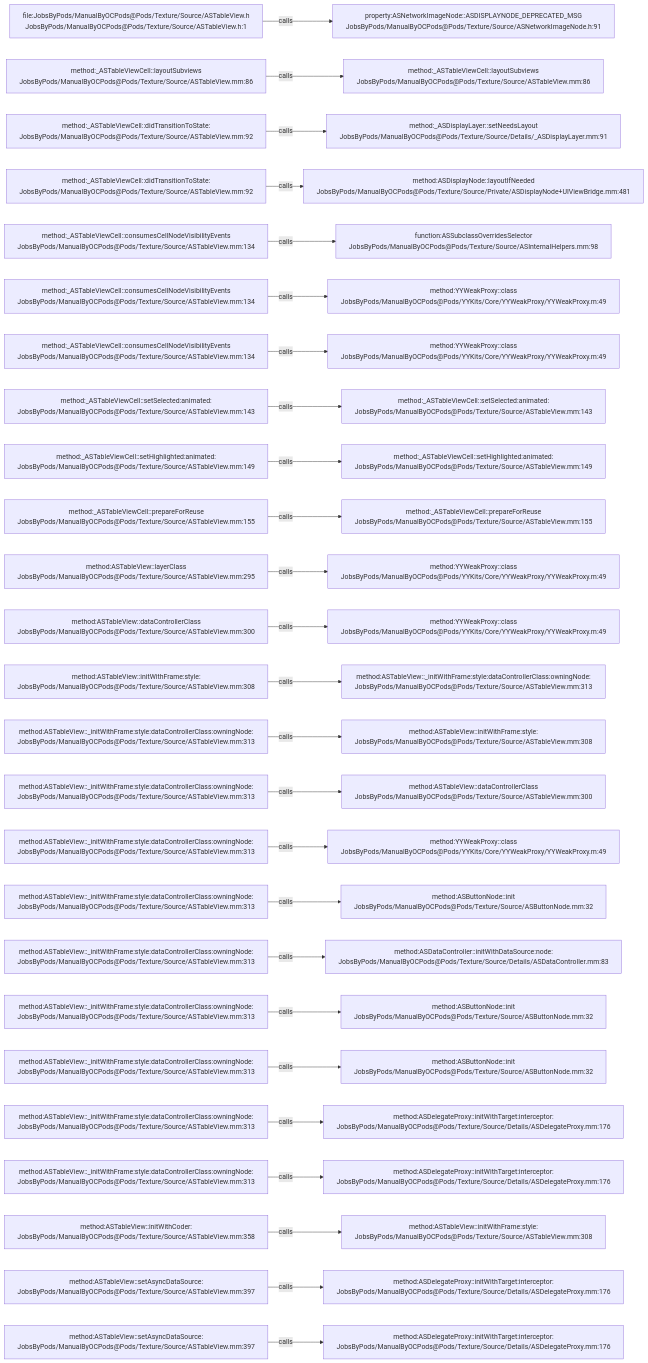
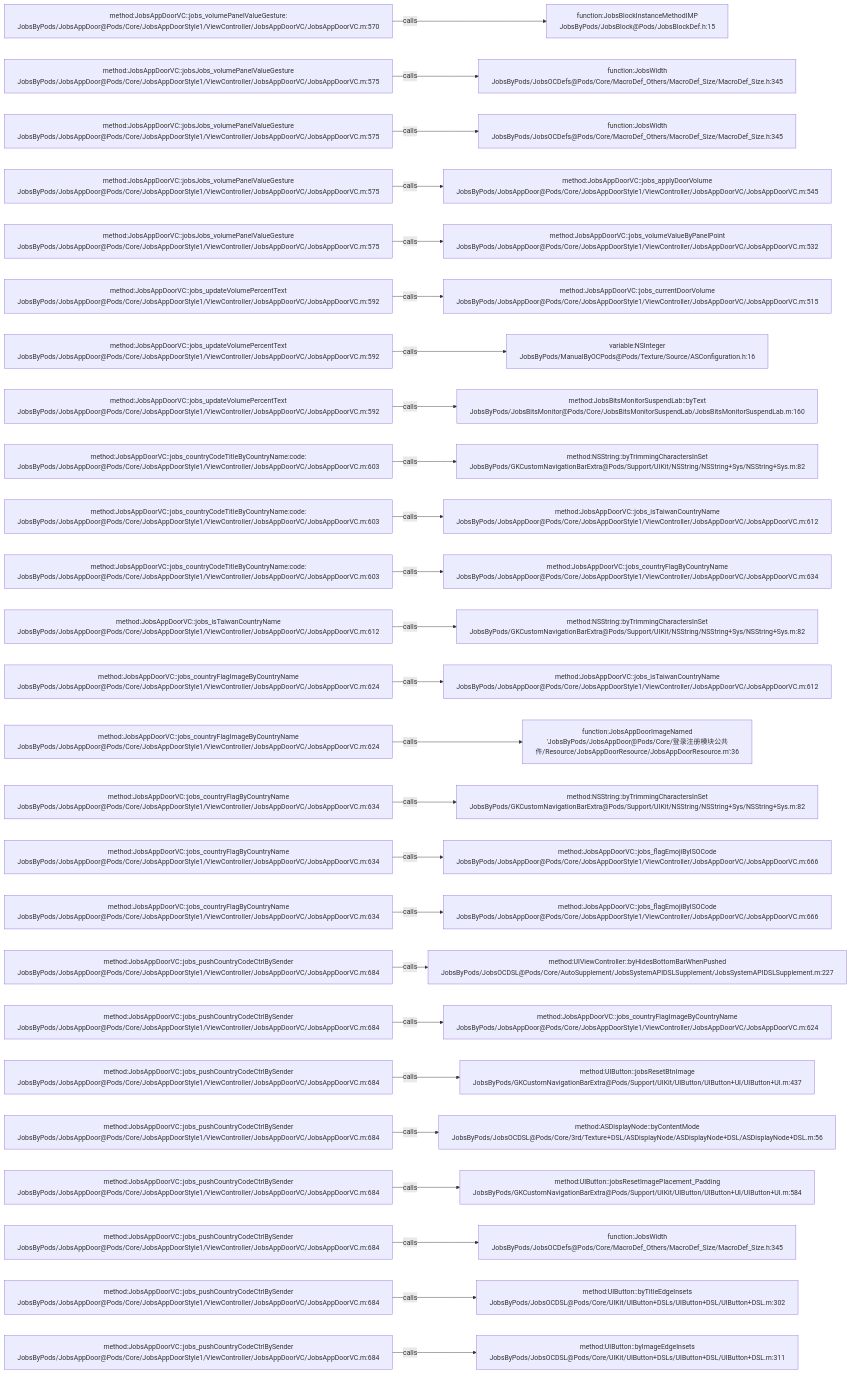
Before and after one commit to JobsKits/JobsOCBaseConfigDemo: the diagram in .codegraph/codegraph.md/graphs/calls-111.md, drawn with Mermaid. The commit also changed 768 other files, not shown here.

````diff
--- a/.codegraph/codegraph.md/graphs/calls-111.md
+++ b/.codegraph/codegraph.md/graphs/calls-111.md
@@ -13,78 +13,78 @@
 ```mermaid
 flowchart LR
-  S1["file:JobsByPods/ManualByOCPods@Pods/Texture/Source/ASTableView.h<br/>JobsByPods/ManualByOCPods@Pods/Texture/Source/ASTableView.h:1"]
-  T1["property:ASNetworkImageNode::ASDISPLAYNODE_DEPRECATED_MSG<br/>JobsByPods/ManualByOCPods@Pods/Texture/Source/ASNetworkImageNode.h:91"]
+  S1["method:JobsAppDoorVC::jobs_volumePanelValueGesture:<br/>JobsByPods/JobsAppDoor@Pods/Core/JobsAppDoorStyle1/ViewController/JobsAppDoorVC/JobsAppDoorVC.m:570"]
+  T1["function:JobsBlockInstanceMethodIMP<br/>JobsByPods/JobsBlock@Pods/JobsBlockDef.h:15"]
   S1 -->|calls| T1
-  S2["method:_ASTableViewCell::layoutSubviews<br/>JobsByPods/ManualByOCPods@Pods/Texture/Source/ASTableView.mm:86"]
-  T2["method:_ASTableViewCell::layoutSubviews<br/>JobsByPods/ManualByOCPods@Pods/Texture/Source/ASTableView.mm:86"]
+  S2["method:JobsAppDoorVC::jobsJobs_volumePanelValueGesture<br/>JobsByPods/JobsAppDoor@Pods/Core/JobsAppDoorStyle1/ViewController/JobsAppDoorVC/JobsAppDoorVC.m:575"]
+  T2["function:JobsWidth<br/>JobsByPods/JobsOCDefs@Pods/Core/MacroDef_Others/MacroDef_Size/MacroDef_Size.h:345"]
   S2 -->|calls| T2
-  S3["method:_ASTableViewCell::didTransitionToState:<br/>JobsByPods/ManualByOCPods@Pods/Texture/Source/ASTableView.mm:92"]
-  T3["method:_ASDisplayLayer::setNeedsLayout<br/>JobsByPods/ManualByOCPods@Pods/Texture/Source/Details/_ASDisplayLayer.mm:91"]
+  S3["method:JobsAppDoorVC::jobsJobs_volumePanelValueGesture<br/>JobsByPods/JobsAppDoor@Pods/Core/JobsAppDoorStyle1/ViewController/JobsAppDoorVC/JobsAppDoorVC.m:575"]
+  T3["function:JobsWidth<br/>JobsByPods/JobsOCDefs@Pods/Core/MacroDef_Others/MacroDef_Size/MacroDef_Size.h:345"]
   S3 -->|calls| T3
-  S4["method:_ASTableViewCell::didTransitionToState:<br/>JobsByPods/ManualByOCPods@Pods/Texture/Source/ASTableView.mm:92"]
-  T4["method:ASDisplayNode::layoutIfNeeded<br/>JobsByPods/ManualByOCPods@Pods/Texture/Source/Private/ASDisplayNode+UIViewBridge.mm:481"]
+  S4["method:JobsAppDoorVC::jobsJobs_volumePanelValueGesture<br/>JobsByPods/JobsAppDoor@Pods/Core/JobsAppDoorStyle1/ViewController/JobsAppDoorVC/JobsAppDoorVC.m:575"]
+  T4["method:JobsAppDoorVC::jobs_applyDoorVolume<br/>JobsByPods/JobsAppDoor@Pods/Core/JobsAppDoorStyle1/ViewController/JobsAppDoorVC/JobsAppDoorVC.m:545"]
   S4 -->|calls| T4
-  S5["method:_ASTableViewCell::consumesCellNodeVisibilityEvents<br/>JobsByPods/ManualByOCPods@Pods/Texture/Source/ASTableView.mm:134"]
-  T5["function:ASSubclassOverridesSelector<br/>JobsByPods/ManualByOCPods@Pods/Texture/Source/ASInternalHelpers.mm:98"]
+  S5["method:JobsAppDoorVC::jobsJobs_volumePanelValueGesture<br/>JobsByPods/JobsAppDoor@Pods/Core/JobsAppDoorStyle1/ViewController/JobsAppDoorVC/JobsAppDoorVC.m:575"]
+  T5["method:JobsAppDoorVC::jobs_volumeValueByPanelPoint<br/>JobsByPods/JobsAppDoor@Pods/Core/JobsAppDoorStyle1/ViewController/JobsAppDoorVC/JobsAppDoorVC.m:532"]
   S5 -->|calls| T5
-  S6["method:_ASTableViewCell::consumesCellNodeVisibilityEvents<br/>JobsByPods/ManualByOCPods@Pods/Texture/Source/ASTableView.mm:134"]
-  T6["method:YYWeakProxy::class<br/>JobsByPods/ManualByOCPods@Pods/YYKits/Core/YYWeakProxy/YYWeakProxy.m:49"]
+  S6["method:JobsAppDoorVC::jobs_updateVolumePercentText<br/>JobsByPods/JobsAppDoor@Pods/Core/JobsAppDoorStyle1/ViewController/JobsAppDoorVC/JobsAppDoorVC.m:592"]
+  T6["method:JobsAppDoorVC::jobs_currentDoorVolume<br/>JobsByPods/JobsAppDoor@Pods/Core/JobsAppDoorStyle1/ViewController/JobsAppDoorVC/JobsAppDoorVC.m:515"]
   S6 -->|calls| T6
-  S7["method:_ASTableViewCell::consumesCellNodeVisibilityEvents<br/>JobsByPods/ManualByOCPods@Pods/Texture/Source/ASTableView.mm:134"]
-  T7["method:YYWeakProxy::class<br/>JobsByPods/ManualByOCPods@Pods/YYKits/Core/YYWeakProxy/YYWeakProxy.m:49"]
+  S7["method:JobsAppDoorVC::jobs_updateVolumePercentText<br/>JobsByPods/JobsAppDoor@Pods/Core/JobsAppDoorStyle1/ViewController/JobsAppDoorVC/JobsAppDoorVC.m:592"]
+  T7["variable:NSInteger<br/>JobsByPods/ManualByOCPods@Pods/Texture/Source/ASConfiguration.h:16"]
   S7 -->|calls| T7
-  S8["method:_ASTableViewCell::setSelected:animated:<br/>JobsByPods/ManualByOCPods@Pods/Texture/Source/ASTableView.mm:143"]
-  T8["method:_ASTableViewCell::setSelected:animated:<br/>JobsByPods/ManualByOCPods@Pods/Texture/Source/ASTableView.mm:143"]
+  S8["method:JobsAppDoorVC::jobs_updateVolumePercentText<br/>JobsByPods/JobsAppDoor@Pods/Core/JobsAppDoorStyle1/ViewController/JobsAppDoorVC/JobsAppDoorVC.m:592"]
+  T8["method:JobsBitsMonitorSuspendLab::byText<br/>JobsByPods/JobsBitsMonitor@Pods/Core/JobsBitsMonitorSuspendLab/JobsBitsMonitorSuspendLab.m:160"]
   S8 -->|calls| T8
-  S9["method:_ASTableViewCell::setHighlighted:animated:<br/>JobsByPods/ManualByOCPods@Pods/Texture/Source/ASTableView.mm:149"]
-  T9["method:_ASTableViewCell::setHighlighted:animated:<br/>JobsByPods/ManualByOCPods@Pods/Texture/Source/ASTableView.mm:149"]
+  S9["method:JobsAppDoorVC::jobs_countryCodeTitleByCountryName:code:<br/>JobsByPods/JobsAppDoor@Pods/Core/JobsAppDoorStyle1/ViewController/JobsAppDoorVC/JobsAppDoorVC.m:603"]
+  T9["method:NSString::byTrimmingCharactersInSet<br/>JobsByPods/GKCustomNavigationBarExtra@Pods/Support/UIKit/NSString/NSString+Sys/NSString+Sys.m:82"]
   S9 -->|calls| T9
-  S10["method:_ASTableViewCell::prepareForReuse<br/>JobsByPods/ManualByOCPods@Pods/Texture/Source/ASTableView.mm:155"]
-  T10["method:_ASTableViewCell::prepareForReuse<br/>JobsByPods/ManualByOCPods@Pods/Texture/Source/ASTableView.mm:155"]
+  S10["method:JobsAppDoorVC::jobs_countryCodeTitleByCountryName:code:<br/>JobsByPods/JobsAppDoor@Pods/Core/JobsAppDoorStyle1/ViewController/JobsAppDoorVC/JobsAppDoorVC.m:603"]
+  T10["method:JobsAppDoorVC::jobs_isTaiwanCountryName<br/>JobsByPods/JobsAppDoor@Pods/Core/JobsAppDoorStyle1/ViewController/JobsAppDoorVC/JobsAppDoorVC.m:612"]
   S10 -->|calls| T10
-  S11["method:ASTableView::layerClass<br/>JobsByPods/ManualByOCPods@Pods/Texture/Source/ASTableView.mm:295"]
-  T11["method:YYWeakProxy::class<br/>JobsByPods/ManualByOCPods@Pods/YYKits/Core/YYWeakProxy/YYWeakProxy.m:49"]
+  S11["method:JobsAppDoorVC::jobs_countryCodeTitleByCountryName:code:<br/>JobsByPods/JobsAppDoor@Pods/Core/JobsAppDoorStyle1/ViewController/JobsAppDoorVC/JobsAppDoorVC.m:603"]
+  T11["method:JobsAppDoorVC::jobs_countryFlagByCountryName<br/>JobsByPods/JobsAppDoor@Pods/Core/JobsAppDoorStyle1/ViewController/JobsAppDoorVC/JobsAppDoorVC.m:634"]
   S11 -->|calls| T11
-  S12["method:ASTableView::dataControllerClass<br/>JobsByPods/ManualByOCPods@Pods/Texture/Source/ASTableView.mm:300"]
-  T12["method:YYWeakProxy::class<br/>JobsByPods/ManualByOCPods@Pods/YYKits/Core/YYWeakProxy/YYWeakProxy.m:49"]
+  S12["method:JobsAppDoorVC::jobs_isTaiwanCountryName<br/>JobsByPods/JobsAppDoor@Pods/Core/JobsAppDoorStyle1/ViewController/JobsAppDoorVC/JobsAppDoorVC.m:612"]
+  T12["method:NSString::byTrimmingCharactersInSet<br/>JobsByPods/GKCustomNavigationBarExtra@Pods/Support/UIKit/NSString/NSString+Sys/NSString+Sys.m:82"]
   S12 -->|calls| T12
-  S13["method:ASTableView::initWithFrame:style:<br/>JobsByPods/ManualByOCPods@Pods/Texture/Source/ASTableView.mm:308"]
-  T13["method:ASTableView::_initWithFrame:style:dataControllerClass:owningNode:<br/>JobsByPods/ManualByOCPods@Pods/Texture/Source/ASTableView.mm:313"]
+  S13["method:JobsAppDoorVC::jobs_countryFlagImageByCountryName<br/>JobsByPods/JobsAppDoor@Pods/Core/JobsAppDoorStyle1/ViewController/JobsAppDoorVC/JobsAppDoorVC.m:624"]
+  T13["method:JobsAppDoorVC::jobs_isTaiwanCountryName<br/>JobsByPods/JobsAppDoor@Pods/Core/JobsAppDoorStyle1/ViewController/JobsAppDoorVC/JobsAppDoorVC.m:612"]
   S13 -->|calls| T13
-  S14["method:ASTableView::_initWithFrame:style:dataControllerClass:owningNode:<br/>JobsByPods/ManualByOCPods@Pods/Texture/Source/ASTableView.mm:313"]
-  T14["method:ASTableView::initWithFrame:style:<br/>JobsByPods/ManualByOCPods@Pods/Texture/Source/ASTableView.mm:308"]
+  S14["method:JobsAppDoorVC::jobs_countryFlagImageByCountryName<br/>JobsByPods/JobsAppDoor@Pods/Core/JobsAppDoorStyle1/ViewController/JobsAppDoorVC/JobsAppDoorVC.m:624"]
+  T14["function:JobsAppDoorImageNamed<br/>'JobsByPods/JobsAppDoor@Pods/Core/登录注册模块公共件/Resource/JobsAppDoorResource/JobsAppDoorResource.m':36"]
   S14 -->|calls| T14
-  S15["method:ASTableView::_initWithFrame:style:dataControllerClass:owningNode:<br/>JobsByPods/ManualByOCPods@Pods/Texture/Source/ASTableView.mm:313"]
-  T15["method:ASTableView::dataControllerClass<br/>JobsByPods/ManualByOCPods@Pods/Texture/Source/ASTableView.mm:300"]
+  S15["method:JobsAppDoorVC::jobs_countryFlagByCountryName<br/>JobsByPods/JobsAppDoor@Pods/Core/JobsAppDoorStyle1/ViewController/JobsAppDoorVC/JobsAppDoorVC.m:634"]
+  T15["method:NSString::byTrimmingCharactersInSet<br/>JobsByPods/GKCustomNavigationBarExtra@Pods/Support/UIKit/NSString/NSString+Sys/NSString+Sys.m:82"]
   S15 -->|calls| T15
-  S16["method:ASTableView::_initWithFrame:style:dataControllerClass:owningNode:<br/>JobsByPods/ManualByOCPods@Pods/Texture/Source/ASTableView.mm:313"]
-  T16["method:YYWeakProxy::class<br/>JobsByPods/ManualByOCPods@Pods/YYKits/Core/YYWeakProxy/YYWeakProxy.m:49"]
+  S16["method:JobsAppDoorVC::jobs_countryFlagByCountryName<br/>JobsByPods/JobsAppDoor@Pods/Core/JobsAppDoorStyle1/ViewController/JobsAppDoorVC/JobsAppDoorVC.m:634"]
+  T16["method:JobsAppDoorVC::jobs_flagEmojiByISOCode<br/>JobsByPods/JobsAppDoor@Pods/Core/JobsAppDoorStyle1/ViewController/JobsAppDoorVC/JobsAppDoorVC.m:666"]
   S16 -->|calls| T16
-  S17["method:ASTableView::_initWithFrame:style:dataControllerClass:owningNode:<br/>JobsByPods/ManualByOCPods@Pods/Texture/Source/ASTableView.mm:313"]
-  T17["method:ASButtonNode::init<br/>JobsByPods/ManualByOCPods@Pods/Texture/Source/ASButtonNode.mm:32"]
+  S17["method:JobsAppDoorVC::jobs_countryFlagByCountryName<br/>JobsByPods/JobsAppDoor@Pods/Core/JobsAppDoorStyle1/ViewController/JobsAppDoorVC/JobsAppDoorVC.m:634"]
+  T17["method:JobsAppDoorVC::jobs_flagEmojiByISOCode<br/>JobsByPods/JobsAppDoor@Pods/Core/JobsAppDoorStyle1/ViewController/JobsAppDoorVC/JobsAppDoorVC.m:666"]
   S17 -->|calls| T17
-  S18["method:ASTableView::_initWithFrame:style:dataControllerClass:owningNode:<br/>JobsByPods/ManualByOCPods@Pods/Texture/Source/ASTableView.mm:313"]
-  T18["method:ASDataController::initWithDataSource:node:<br/>JobsByPods/ManualByOCPods@Pods/Texture/Source/Details/ASDataController.mm:83"]
+  S18["method:JobsAppDoorVC::jobs_pushCountryCodeCtrlBySender<br/>JobsByPods/JobsAppDoor@Pods/Core/JobsAppDoorStyle1/ViewController/JobsAppDoorVC/JobsAppDoorVC.m:684"]
+  T18["method:UIViewController::byHidesBottomBarWhenPushed<br/>JobsByPods/JobsOCDSL@Pods/Core/AutoSupplement/JobsSystemAPIDSLSupplement/JobsSystemAPIDSLSupplement.m:227"]
   S18 -->|calls| T18
-  S19["method:ASTableView::_initWithFrame:style:dataControllerClass:owningNode:<br/>JobsByPods/ManualByOCPods@Pods/Texture/Source/ASTableView.mm:313"]
-  T19["method:ASButtonNode::init<br/>JobsByPods/ManualByOCPods@Pods/Texture/Source/ASButtonNode.mm:32"]
+  S19["method:JobsAppDoorVC::jobs_pushCountryCodeCtrlBySender<br/>JobsByPods/JobsAppDoor@Pods/Core/JobsAppDoorStyle1/ViewController/JobsAppDoorVC/JobsAppDoorVC.m:684"]
+  T19["method:JobsAppDoorVC::jobs_countryFlagImageByCountryName<br/>JobsByPods/JobsAppDoor@Pods/Core/JobsAppDoorStyle1/ViewController/JobsAppDoorVC/JobsAppDoorVC.m:624"]
   S19 -->|calls| T19
-  S20["method:ASTableView::_initWithFrame:style:dataControllerClass:owningNode:<br/>JobsByPods/ManualByOCPods@Pods/Texture/Source/ASTableView.mm:313"]
-  T20["method:ASButtonNode::init<br/>JobsByPods/ManualByOCPods@Pods/Texture/Source/ASButtonNode.mm:32"]
+  S20["method:JobsAppDoorVC::jobs_pushCountryCodeCtrlBySender<br/>JobsByPods/JobsAppDoor@Pods/Core/JobsAppDoorStyle1/ViewController/JobsAppDoorVC/JobsAppDoorVC.m:684"]
+  T20["method:UIButton::jobsResetBtnImage<br/>JobsByPods/GKCustomNavigationBarExtra@Pods/Support/UIKit/UIButton/UIButton+UI/UIButton+UI.m:437"]
   S20 -->|calls| T20
-  S21["method:ASTableView::_initWithFrame:style:dataControllerClass:owningNode:<br/>JobsByPods/ManualByOCPods@Pods/Texture/Source/ASTableView.mm:313"]
-  T21["method:ASDelegateProxy::initWithTarget:interceptor:<br/>JobsByPods/ManualByOCPods@Pods/Texture/Source/Details/ASDelegateProxy.mm:176"]
+  S21["method:JobsAppDoorVC::jobs_pushCountryCodeCtrlBySender<br/>JobsByPods/JobsAppDoor@Pods/Core/JobsAppDoorStyle1/ViewController/JobsAppDoorVC/JobsAppDoorVC.m:684"]
+  T21["method:ASDisplayNode::byContentMode<br/>JobsByPods/JobsOCDSL@Pods/Core/3rd/Texture+DSL/ASDisplayNode/ASDisplayNode+DSL/ASDisplayNode+DSL.m:56"]
   S21 -->|calls| T21
-  S22["method:ASTableView::_initWithFrame:style:dataControllerClass:owningNode:<br/>JobsByPods/ManualByOCPods@Pods/Texture/Source/ASTableView.mm:313"]
-  T22["method:ASDelegateProxy::initWithTarget:interceptor:<br/>JobsByPods/ManualByOCPods@Pods/Texture/Source/Details/ASDelegateProxy.mm:176"]
+  S22["method:JobsAppDoorVC::jobs_pushCountryCodeCtrlBySender<br/>JobsByPods/JobsAppDoor@Pods/Core/JobsAppDoorStyle1/ViewController/JobsAppDoorVC/JobsAppDoorVC.m:684"]
+  T22["method:UIButton::jobsResetImagePlacement_Padding<br/>JobsByPods/GKCustomNavigationBarExtra@Pods/Support/UIKit/UIButton/UIButton+UI/UIButton+UI.m:584"]
   S22 -->|calls| T22
-  S23["method:ASTableView::initWithCoder:<br/>JobsByPods/ManualByOCPods@Pods/Texture/Source/ASTableView.mm:358"]
-  T23["method:ASTableView::initWithFrame:style:<br/>JobsByPods/ManualByOCPods@Pods/Texture/Source/ASTableView.mm:308"]
+  S23["method:JobsAppDoorVC::jobs_pushCountryCodeCtrlBySender<br/>JobsByPods/JobsAppDoor@Pods/Core/JobsAppDoorStyle1/ViewController/JobsAppDoorVC/JobsAppDoorVC.m:684"]
+  T23["function:JobsWidth<br/>JobsByPods/JobsOCDefs@Pods/Core/MacroDef_Others/MacroDef_Size/MacroDef_Size.h:345"]
   S23 -->|calls| T23
-  S24["method:ASTableView::setAsyncDataSource:<br/>JobsByPods/ManualByOCPods@Pods/Texture/Source/ASTableView.mm:397"]
-  T24["method:ASDelegateProxy::initWithTarget:interceptor:<br/>JobsByPods/ManualByOCPods@Pods/Texture/Source/Details/ASDelegateProxy.mm:176"]
+  S24["method:JobsAppDoorVC::jobs_pushCountryCodeCtrlBySender<br/>JobsByPods/JobsAppDoor@Pods/Core/JobsAppDoorStyle1/ViewController/JobsAppDoorVC/JobsAppDoorVC.m:684"]
+  T24["method:UIButton::byTitleEdgeInsets<br/>JobsByPods/JobsOCDSL@Pods/Core/UIKit/UIButton+DSLs/UIButton+DSL/UIButton+DSL.m:302"]
   S24 -->|calls| T24
-  S25["method:ASTableView::setAsyncDataSource:<br/>JobsByPods/ManualByOCPods@Pods/Texture/Source/ASTableView.mm:397"]
-  T25["method:ASDelegateProxy::initWithTarget:interceptor:<br/>JobsByPods/ManualByOCPods@Pods/Texture/Source/Details/ASDelegateProxy.mm:176"]
+  S25["method:JobsAppDoorVC::jobs_pushCountryCodeCtrlBySender<br/>JobsByPods/JobsAppDoor@Pods/Core/JobsAppDoorStyle1/ViewController/JobsAppDoorVC/JobsAppDoorVC.m:684"]
+  T25["method:UIButton::byImageEdgeInsets<br/>JobsByPods/JobsOCDSL@Pods/Core/UIKit/UIButton+DSLs/UIButton+DSL/UIButton+DSL.m:311"]
   S25 -->|calls| T25
 ```
````
